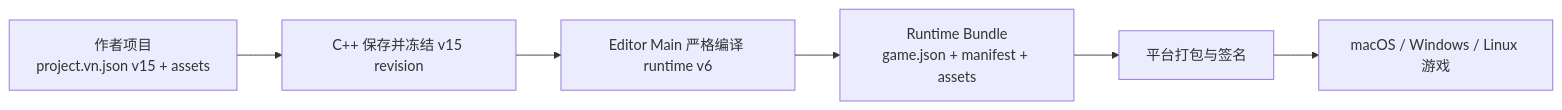
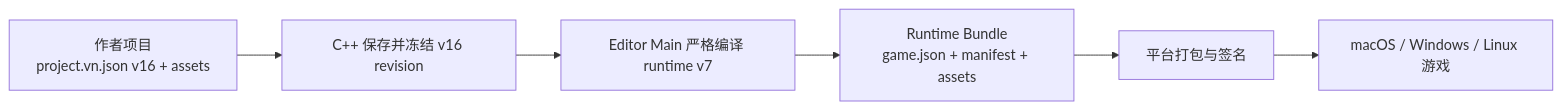
One commit to DarkboyRyan/Scratch-Novel-Engine changed the first of 3 diagrams in docs/game-export-player.md. Above: the diagram before and after it, drawn with Mermaid. The commit also changed other lines of this file and 115 other files, not shown here.

````diff
--- a/docs/game-export-player.md
+++ b/docs/game-export-player.md
@@ -156,11 +160,11 @@
 ```mermaid
 flowchart LR
-  AUTHOR["作者项目<br/>project.vn.json v15 + assets"]
-  SAVE["C++ 保存并冻结 v15 revision"]
-  COMPILE["Editor Main 严格编译 runtime v6"]
+  AUTHOR["作者项目<br/>project.vn.json v16 + assets"]
+  SAVE["C++ 保存并冻结 v16 revision"]
+  COMPILE["Editor Main 严格编译 runtime v7"]
   BUNDLE["Runtime Bundle<br/>game.json + manifest + assets"]
   PACKAGE["平台打包与签名"]
   APP["macOS / Windows / Linux 游戏"]
 
   AUTHOR --> SAVE --> COMPILE --> BUNDLE --> PACKAGE --> APP
 ```
````
